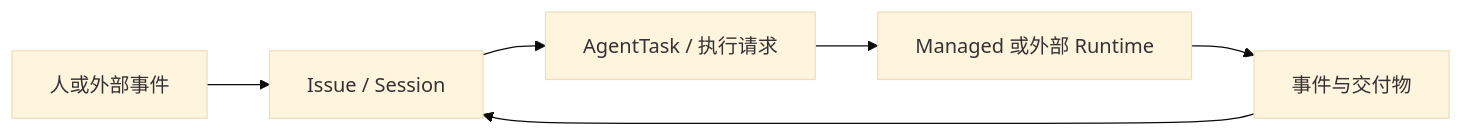
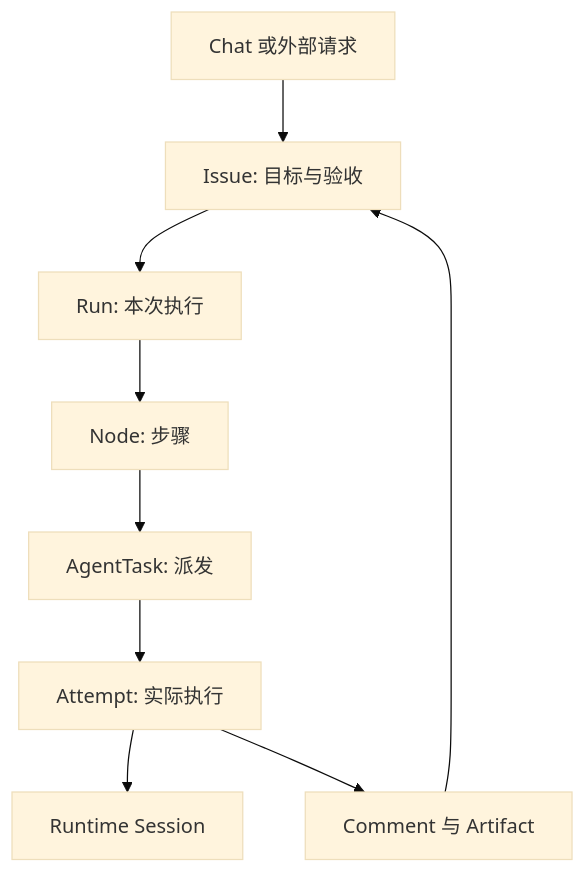
One commit to nexora-dev200/agentscope-java changed the diagram in docs/v2/zh/service/concepts.md. Above: the diagram before and after it, drawn with Mermaid (base theme). The commit also changed other lines of this file and 68 other files, not shown here.

````diff
--- a/docs/v2/zh/service/concepts.md
+++ b/docs/v2/zh/service/concepts.md
@@ -23,8 +21,11 @@
 ```mermaid
-flowchart LR
-    A[人或外部事件] --> B[Issue / Session]
-    B --> C[AgentTask / 执行请求]
-    C --> D[Managed 或外部 Runtime]
-    D --> E[事件与交付物]
-    E --> B
+flowchart TB
+  C[Chat 或外部请求] --> I[Issue: 目标与验收]
+  I --> R[Run: 本次执行]
+  R --> N[Node: 步骤]
+  N --> T[AgentTask: 派发]
+  T --> A[Attempt: 实际执行]
+  A --> S[Runtime Session]
+  A --> O[Comment 与 Artifact]
+  O --> I
 ```
````
